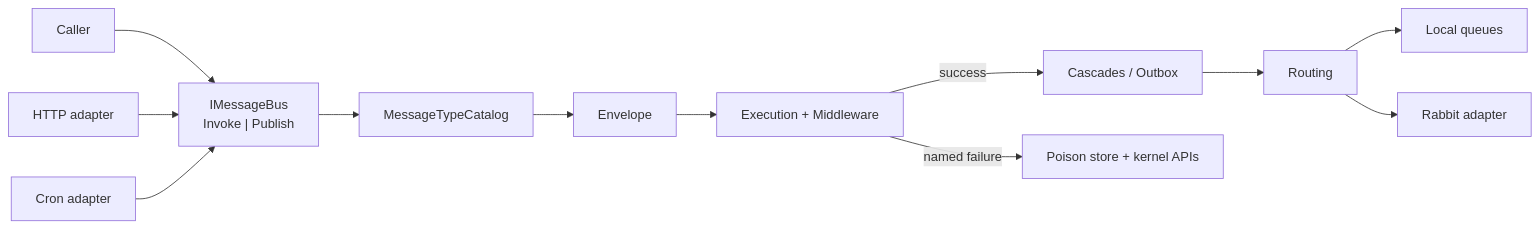
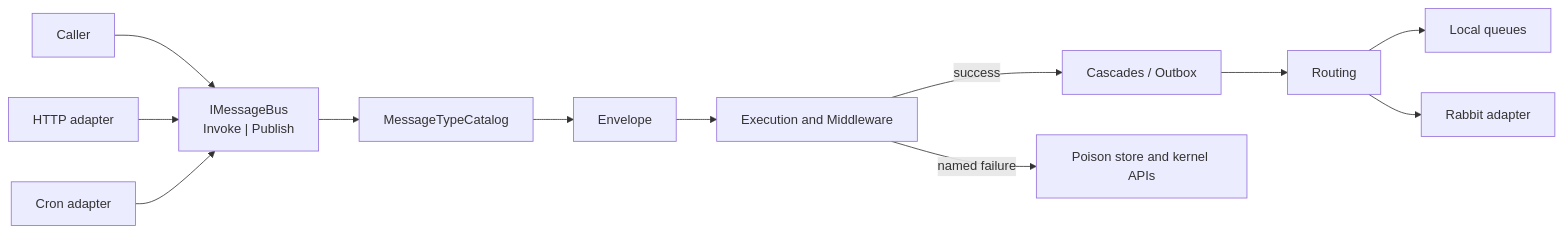
Before and after one commit to charliemartin0/Miniverine: the second of 3 diagrams in specs/miniverine-12-month-kernel.md, drawn with Mermaid. The commit also changed other lines of this file and 10 other files, not shown here.

````diff
--- a/specs/miniverine-12-month-kernel.md
+++ b/specs/miniverine-12-month-kernel.md
@@ -155,14 +155,14 @@
 ```mermaid
 flowchart LR
   Caller[Caller] --> Bus["IMessageBus\nInvoke | Publish"]
   Bus --> Catalog[MessageTypeCatalog]
   Catalog --> Env[Envelope]
-  Env --> Exec[Execution + Middleware]
+  Env --> Exec[Execution and Middleware]
   Exec -->|success| Cascades[Cascades / Outbox]
-  Exec -->|named failure| Poison[Poison store + kernel APIs]
+  Exec -->|named failure| Poison[Poison store and kernel APIs]
   Cascades --> Route[Routing]
   Route --> Local[Local queues]
   Route --> Rabbit[Rabbit adapter]
   HTTP[HTTP adapter] --> Bus
   Cron[Cron adapter] --> Bus
 ```
````
